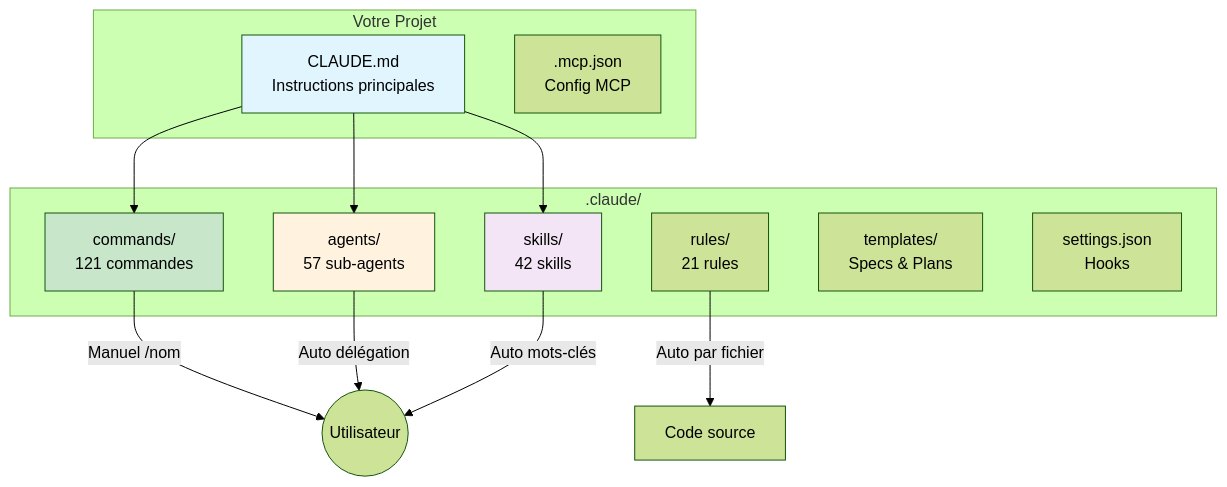
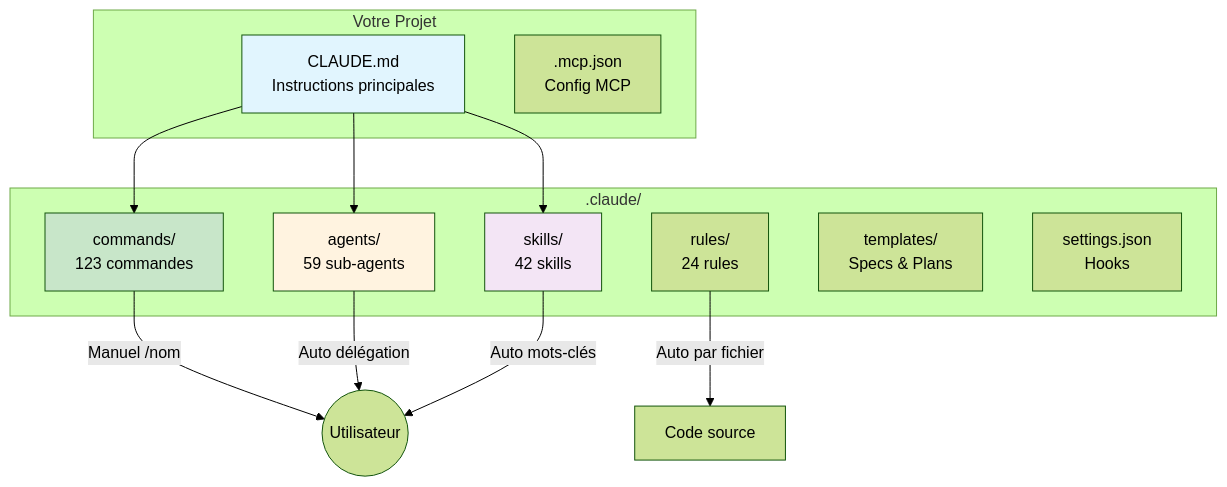
Before and after one commit to christopherlouet/claude-base: the first of 2 diagrams in website/docs/intro/architecture.md, drawn with Mermaid (forest theme). The commit also changed other lines of this file and 53 other files, not shown here.

````diff
--- a/website/docs/intro/architecture.md
+++ b/website/docs/intro/architecture.md
@@ -15,30 +15,30 @@
 ```mermaid
 graph TB
     subgraph "Votre Projet"
         CLAUDE[CLAUDE.md<br/>Instructions principales]
         MCP[.mcp.json<br/>Config MCP]
     end
 
     subgraph ".claude/"
-        CMDS[commands/<br/>121 commandes]
-        AGENTS[agents/<br/>57 sub-agents]
+        CMDS[commands/<br/>123 commandes]
+        AGENTS[agents/<br/>59 sub-agents]
         SKILLS[skills/<br/>42 skills]
-        RULES[rules/<br/>21 rules]
+        RULES[rules/<br/>24 rules]
         TPL[templates/<br/>Specs & Plans]
         SETTINGS[settings.json<br/>Hooks]
     end
 
     CLAUDE --> CMDS
     CLAUDE --> AGENTS
     CLAUDE --> SKILLS
 
     CMDS --> |"Manuel /nom"| USER((Utilisateur))
     AGENTS --> |"Auto délégation"| USER
     SKILLS --> |"Auto mots-clés"| USER
     RULES --> |"Auto par fichier"| CODE[Code source]
 
     style CLAUDE fill:#e1f5fe
     style CMDS fill:#c8e6c9
     style AGENTS fill:#fff3e0
     style SKILLS fill:#f3e5f5
 ```
````
